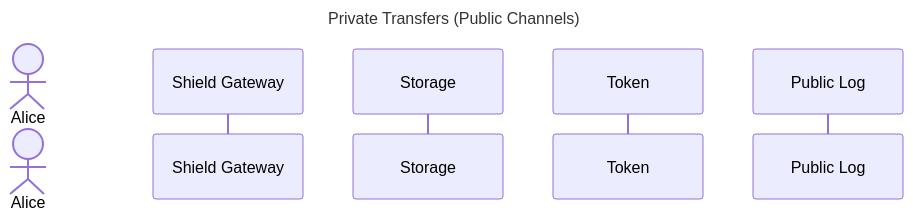
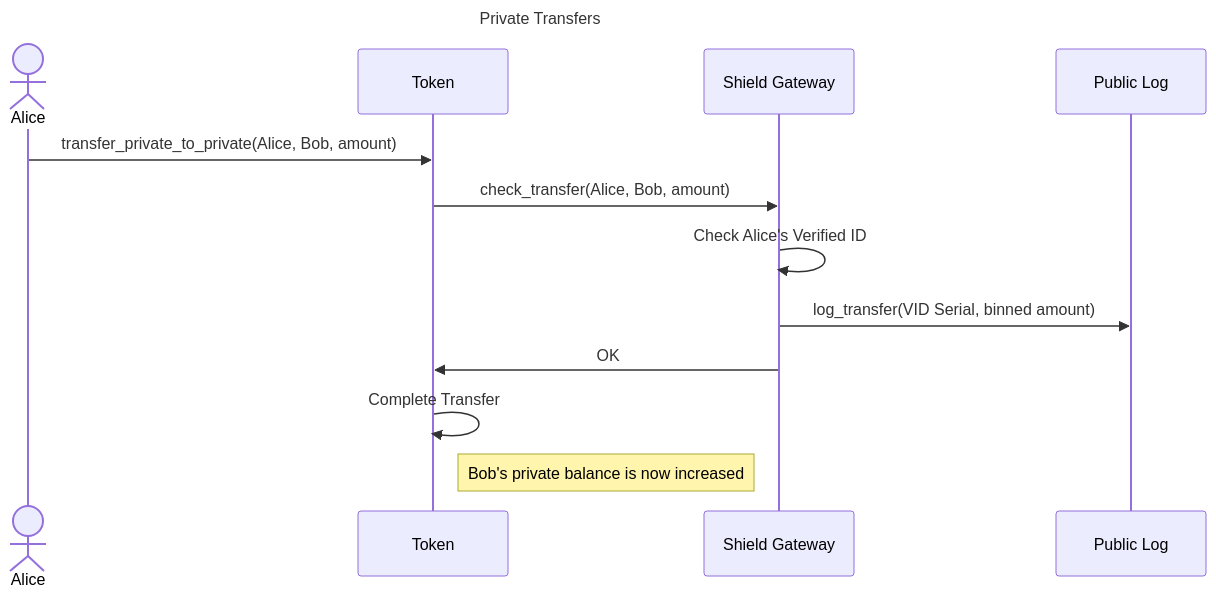
The diagram in aztec/README.md (TurnstilePortal/turnstile-monorepo), drawn with Mermaid before and after one commit. The commit also changed other lines of this file and 127 other files, not shown here.

````diff
--- a/aztec/README.md
+++ b/aztec/README.md
@@ -30,13 +48,19 @@
 ```mermaid
 ---
-title: Private Transfers (Public Channels)
+title: Private Transfers
 ---
 sequenceDiagram
     actor Alice
+    participant T as Token
     participant GW as Shield Gateway
-    participant S as Storage
-    participant T as Token
     participant C as Public Log
-    
 
+
+    Alice->>T: transfer_private_to_private(Alice, Bob, amount)
+    T->>GW: check_transfer(Alice, Bob, amount)
+    GW->>GW: Check Alice's Verified ID
+    GW->>C: log_transfer(VID Serial, binned amount)
+    GW->>T: OK
+    T->>T: Complete Transfer
+    Note right of T: Bob's private balance is now increased
 ```
````
